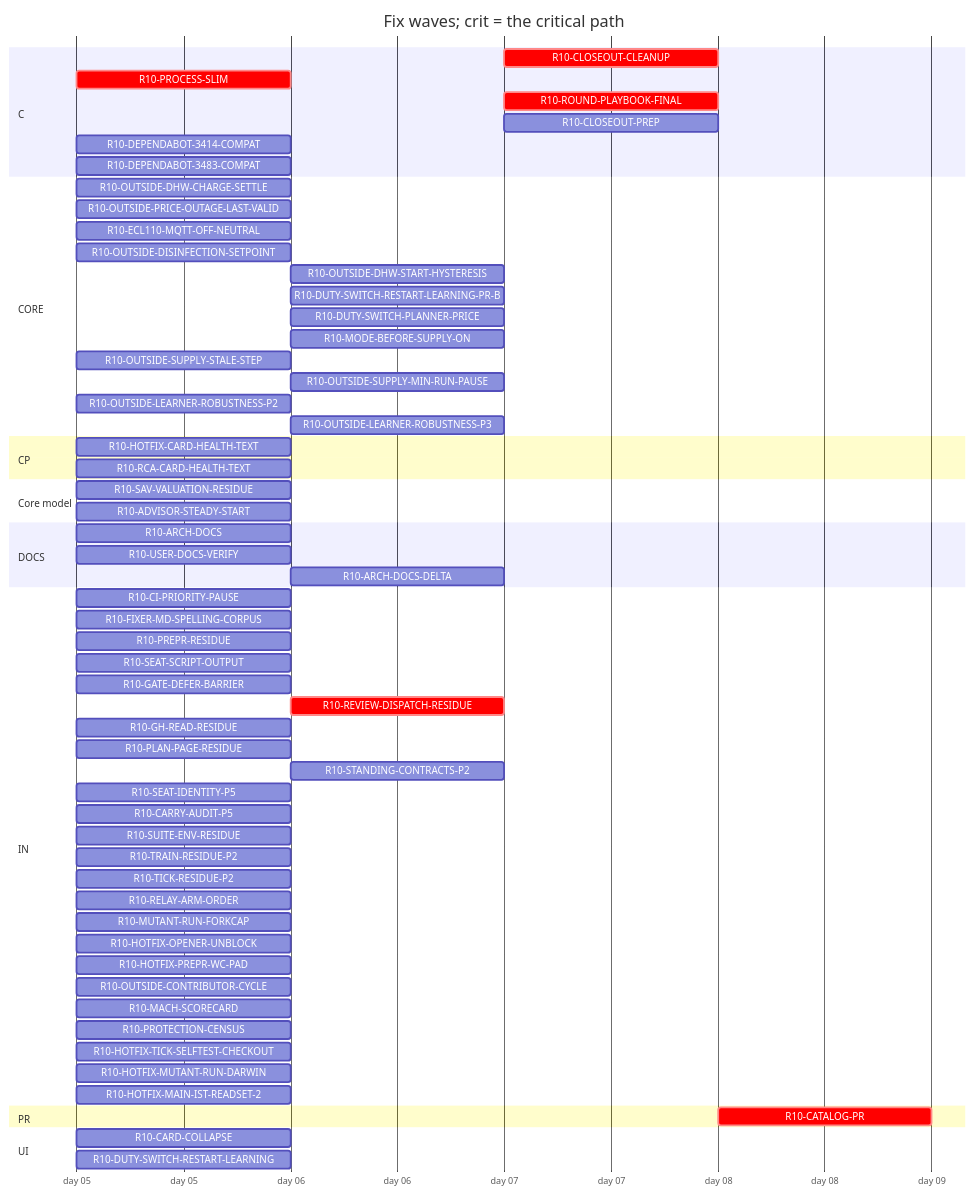
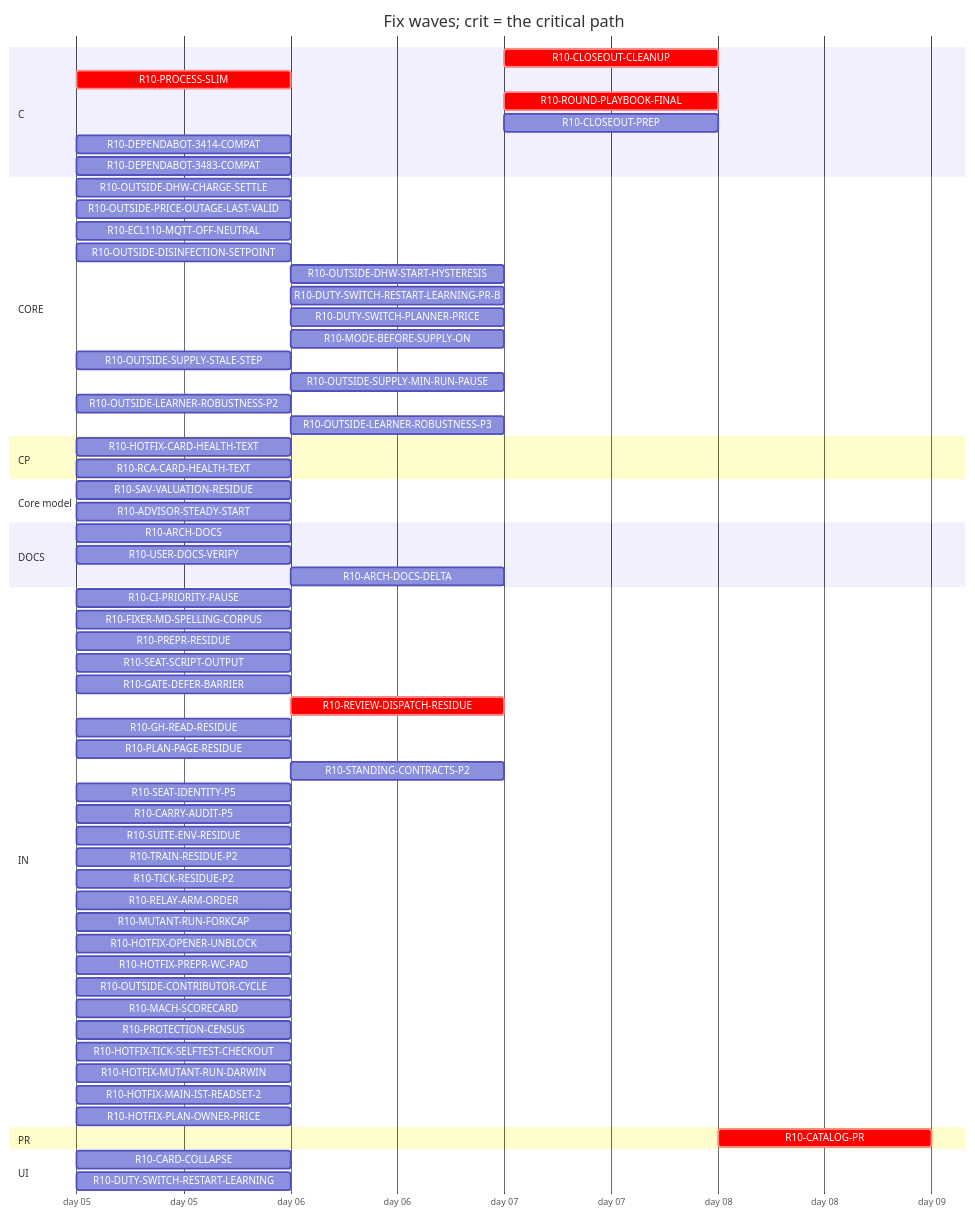
Before and after one commit to tvofi/heatpump_optimizer: the diagram in handoff/round10/state/PLAN-TABLE.md, drawn with Mermaid. The commit also changed other lines of this file and 4 other files, not shown here.

Commit message:
state: FLOW-BOARD.md, NEXT-SESSION-PROMPT.md, PLAN-TABLE.md, PLAN.html, RESUME-CURRENT.md regenerated (state_docs.py)

````diff
--- a/handoff/round10/state/PLAN-TABLE.md
+++ b/handoff/round10/state/PLAN-TABLE.md
@@ -21,66 +21,67 @@
 ```mermaid
 gantt
   title Fix waves; crit = the critical path
   dateFormat YYYY-MM-DD
   axisFormat day %d
   section C
     R10-CLOSEOUT-CLEANUP :crit, r10CLOSEOUTCLEANUP, after r10ARCHDOCS r10USERDOCSVERIFY r10ROUNDPLAYBOOKFINAL r10CLOSEOUTPREP r10ARCHDOCSDELTA, 1d
     R10-PROCESS-SLIM :crit, r10PROCESSSLIM, 2026-01-05, 1d
     R10-ROUND-PLAYBOOK-FINAL :crit, r10ROUNDPLAYBOOKFINAL, after r10PROCESSSLIM r10FIXERMDSPELLINGCORPUS r10PREPRRESIDUE r10SEATSCRIPTOUTPUT r10REVIEWDISPATCHRESIDUE r10CARRYAUDITP5 r10SEATIDENTITYP5 r10STANDINGCONTRACTSP2 r10PLANPAGERESIDUE r10GHREADRESIDUE r10SUITEENVRESIDUE r10GATEDEFERBARRIER, 1d
     R10-CLOSEOUT-PREP :r10CLOSEOUTPREP, after r10ARCHDOCS r10PROCESSSLIM r10FIXERMDSPELLINGCORPUS r10PREPRRESIDUE r10SEATSCRIPTOUTPUT r10REVIEWDISPATCHRESIDUE r10CARRYAUDITP5 r10SEATIDENTITYP5 r10STANDINGCONTRACTSP2 r10PLANPAGERESIDUE r10GHREADRESIDUE r10SUITEENVRESIDUE r10GATEDEFERBARRIER, 1d
     R10-DEPENDABOT-3414-COMPAT :r10DEPENDABOT3414COMPAT, 2026-01-05, 1d
     R10-DEPENDABOT-3483-COMPAT :r10DEPENDABOT3483COMPAT, 2026-01-05, 1d
   section CORE
     R10-OUTSIDE-DHW-CHARGE-SETTLE :r10OUTSIDEDHWCHARGESETTLE, 2026-01-05, 1d
     R10-OUTSIDE-PRICE-OUTAGE-LAST-VALID :r10OUTSIDEPRICEOUTAGELASTVALID, 2026-01-05, 1d
     R10-ECL110-MQTT-OFF-NEUTRAL :r10ECL110MQTTOFFNEUTRAL, 2026-01-05, 1d
     R10-OUTSIDE-DISINFECTION-SETPOINT :r10OUTSIDEDISINFECTIONSETPOINT, 2026-01-05, 1d
     R10-OUTSIDE-DHW-START-HYSTERESIS :r10OUTSIDEDHWSTARTHYSTERESIS, after r10OUTSIDEDISINFECTIONSETPOINT, 1d
     R10-DUTY-SWITCH-RESTART-LEARNING-PR-B :r10DUTYSWITCHRESTARTLEARNINGPRB, after r10DUTYSWITCHRESTARTLEARNING, 1d
     R10-DUTY-SWITCH-PLANNER-PRICE :r10DUTYSWITCHPLANNERPRICE, after r10DUTYSWITCHRESTARTLEARNING, 1d
     R10-MODE-BEFORE-SUPPLY-ON :r10MODEBEFORESUPPLYON, after r10DUTYSWITCHRESTARTLEARNING, 1d
     R10-OUTSIDE-SUPPLY-STALE-STEP :r10OUTSIDESUPPLYSTALESTEP, 2026-01-05, 1d
     R10-OUTSIDE-SUPPLY-MIN-RUN-PAUSE :r10OUTSIDESUPPLYMINRUNPAUSE, after r10OUTSIDESUPPLYSTALESTEP, 1d
     R10-OUTSIDE-LEARNER-ROBUSTNESS-P2 :r10OUTSIDELEARNERROBUSTNESSP2, 2026-01-05, 1d
     R10-OUTSIDE-LEARNER-ROBUSTNESS-P3 :r10OUTSIDELEARNERROBUSTNESSP3, after r10OUTSIDELEARNERROBUSTNESSP2, 1d
   section CP
     R10-HOTFIX-CARD-HEALTH-TEXT :r10HOTFIXCARDHEALTHTEXT, 2026-01-05, 1d
     R10-RCA-CARD-HEALTH-TEXT :r10RCACARDHEALTHTEXT, 2026-01-05, 1d
   section Core model
     R10-SAV-VALUATION-RESIDUE :r10SAVVALUATIONRESIDUE, 2026-01-05, 1d
     R10-ADVISOR-STEADY-START :r10ADVISORSTEADYSTART, 2026-01-05, 1d
   section DOCS
     R10-ARCH-DOCS :r10ARCHDOCS, 2026-01-05, 1d
     R10-USER-DOCS-VERIFY :r10USERDOCSVERIFY, 2026-01-05, 1d
     R10-ARCH-DOCS-DELTA :r10ARCHDOCSDELTA, after r10ARCHDOCS r10SAVVALUATIONRESIDUE r10ADVISORSTEADYSTART r10PROCESSSLIM, 1d
   section IN
     R10-CI-PRIORITY-PAUSE :r10CIPRIORITYPAUSE, 2026-01-05, 1d
     R10-FIXER-MD-SPELLING-CORPUS :r10FIXERMDSPELLINGCORPUS, 2026-01-05, 1d
     R10-PREPR-RESIDUE :r10PREPRRESIDUE, 2026-01-05, 1d
     R10-SEAT-SCRIPT-OUTPUT :r10SEATSCRIPTOUTPUT, 2026-01-05, 1d
     R10-GATE-DEFER-BARRIER :r10GATEDEFERBARRIER, 2026-01-05, 1d
     R10-REVIEW-DISPATCH-RESIDUE :crit, r10REVIEWDISPATCHRESIDUE, after r10PROCESSSLIM, 1d
     R10-GH-READ-RESIDUE :r10GHREADRESIDUE, 2026-01-05, 1d
     R10-PLAN-PAGE-RESIDUE :r10PLANPAGERESIDUE, 2026-01-05, 1d
     R10-STANDING-CONTRACTS-P2 :r10STANDINGCONTRACTSP2, after r10FIXERMDSPELLINGCORPUS, 1d
     R10-SEAT-IDENTITY-P5 :r10SEATIDENTITYP5, 2026-01-05, 1d
     R10-CARRY-AUDIT-P5 :r10CARRYAUDITP5, 2026-01-05, 1d
     R10-SUITE-ENV-RESIDUE :r10SUITEENVRESIDUE, 2026-01-05, 1d
     R10-TRAIN-RESIDUE-P2 :r10TRAINRESIDUEP2, 2026-01-05, 1d
     R10-TICK-RESIDUE-P2 :r10TICKRESIDUEP2, 2026-01-05, 1d
     R10-RELAY-ARM-ORDER :r10RELAYARMORDER, 2026-01-05, 1d
     R10-MUTANT-RUN-FORKCAP :r10MUTANTRUNFORKCAP, 2026-01-05, 1d
     R10-HOTFIX-OPENER-UNBLOCK :r10HOTFIXOPENERUNBLOCK, 2026-01-05, 1d
     R10-HOTFIX-PREPR-WC-PAD :r10HOTFIXPREPRWCPAD, 2026-01-05, 1d
     R10-OUTSIDE-CONTRIBUTOR-CYCLE :r10OUTSIDECONTRIBUTORCYCLE, 2026-01-05, 1d
     R10-MACH-SCORECARD :r10MACHSCORECARD, 2026-01-05, 1d
     R10-PROTECTION-CENSUS :r10PROTECTIONCENSUS, 2026-01-05, 1d
     R10-HOTFIX-TICK-SELFTEST-CHECKOUT :r10HOTFIXTICKSELFTESTCHECKOUT, 2026-01-05, 1d
     R10-HOTFIX-MUTANT-RUN-DARWIN :r10HOTFIXMUTANTRUNDARWIN, 2026-01-05, 1d
     R10-HOTFIX-MAIN-IST-READSET-2 :r10HOTFIXMAINISTREADSET2, 2026-01-05, 1d
+    R10-HOTFIX-PLAN-OWNER-PRICE :r10HOTFIXPLANOWNERPRICE, 2026-01-05, 1d
   section PR
     R10-CATALOG-PR :crit, r10CATALOGPR, after r10USERDOCSVERIFY r10ARCHDOCS r10ROUNDPLAYBOOKFINAL r10CLOSEOUTCLEANUP r10CLOSEOUTPREP r10ARCHDOCSDELTA, 1d
   section UI
     R10-CARD-COLLAPSE :r10CARDCOLLAPSE, 2026-01-05, 1d
     R10-DUTY-SWITCH-RESTART-LEARNING :r10DUTYSWITCHRESTARTLEARNING, 2026-01-05, 1d
 ```
````
